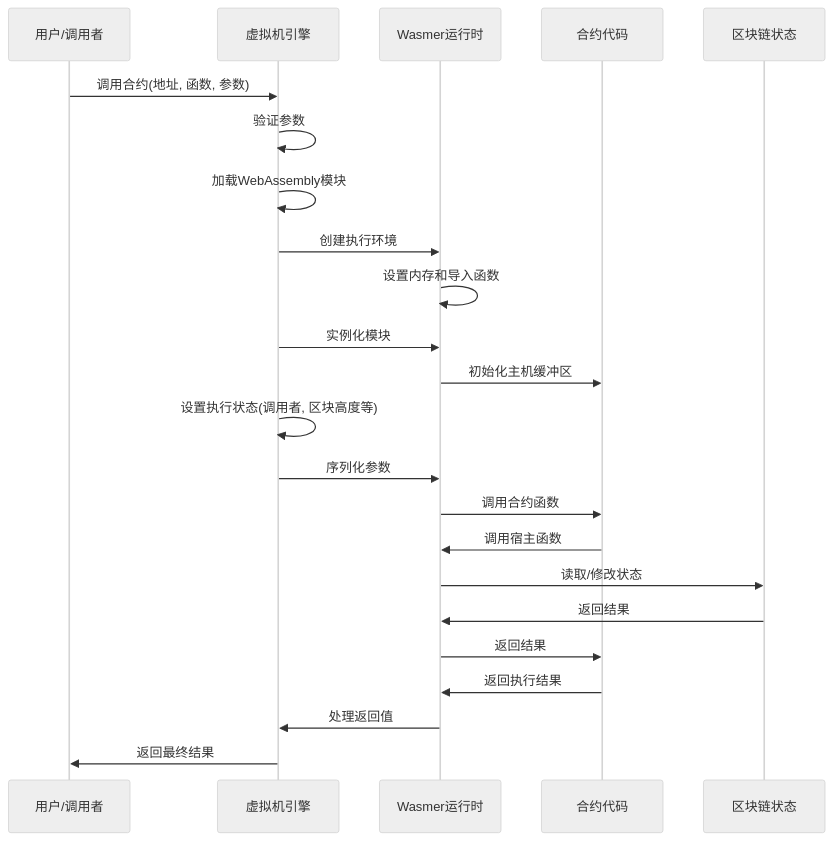
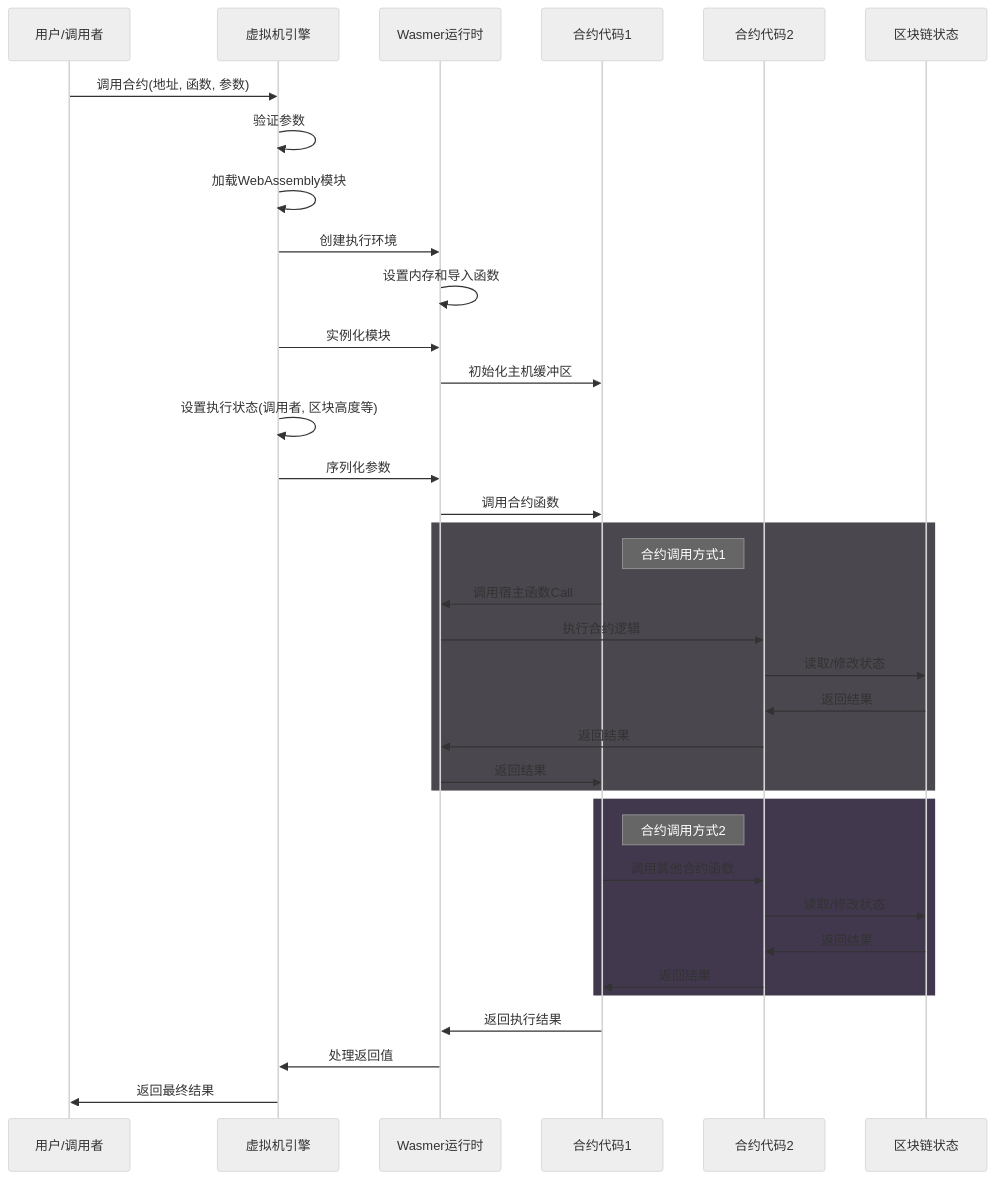
The fourth of 6 diagrams in docs/wasm_contract_execution.md (govm-net/vm), drawn with Mermaid (neutral theme) before and after one commit. The commit also changed other lines of this file and 4 other files, not shown here.

````diff
--- a/docs/wasm_contract_execution.md
+++ b/docs/wasm_contract_execution.md
@@ -1115,32 +943,46 @@
 ```mermaid
 sequenceDiagram
     participant User as 用户/调用者
     participant VM as 虚拟机引擎
     participant WasmRuntime as Wasmer运行时
-    participant Contract as 合约代码
+    participant Contract as 合约代码1
+    participant Contract2 as 合约代码2
     participant State as 区块链状态
     
     User->>VM: 调用合约(地址, 函数, 参数)
     VM->>VM: 验证参数
     VM->>VM: 加载WebAssembly模块
     VM->>WasmRuntime: 创建执行环境
     
     WasmRuntime->>WasmRuntime: 设置内存和导入函数
     VM->>WasmRuntime: 实例化模块
     
     WasmRuntime->>Contract: 初始化主机缓冲区
     
     VM->>VM: 设置执行状态(调用者, 区块高度等)
     VM->>WasmRuntime: 序列化参数
     
     WasmRuntime->>Contract: 调用合约函数
     
-    Contract->>WasmRuntime: 调用宿主函数
-    WasmRuntime->>State: 读取/修改状态
-    State->>WasmRuntime: 返回结果
+    rect rgb(74, 71, 78)
+    Note right of Contract: 合约调用方式1
+    Contract->>WasmRuntime: 调用宿主函数Call
+    WasmRuntime->>Contract2: 执行合约逻辑
+    Contract2->>State: 读取/修改状态
+    State->>Contract2: 返回结果
+    Contract2->>WasmRuntime: 返回结果
     WasmRuntime->>Contract: 返回结果
+    end
+    
+    rect rgb(66, 56, 77)
+    Note right of Contract: 合约调用方式2
+    Contract->>Contract2: 调用其他合约函数
+    Contract2->>State: 读取/修改状态
+    State->>Contract2: 返回结果
+    Contract2->>Contract: 返回结果
+    end
     
     Contract->>WasmRuntime: 返回执行结果
     WasmRuntime->>VM: 处理返回值
     VM->>User: 返回最终结果
 ```
````
